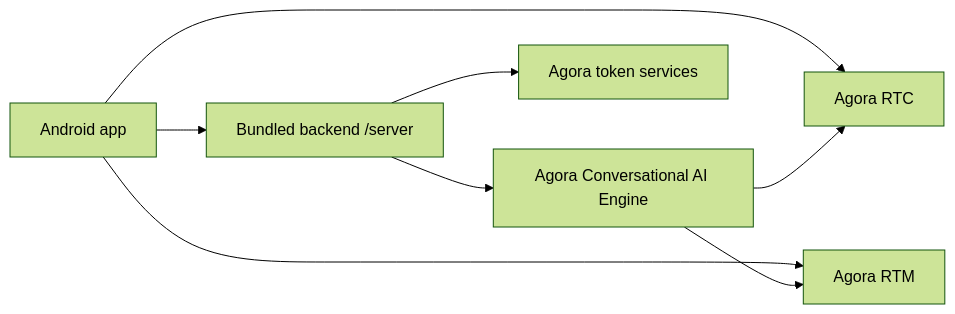
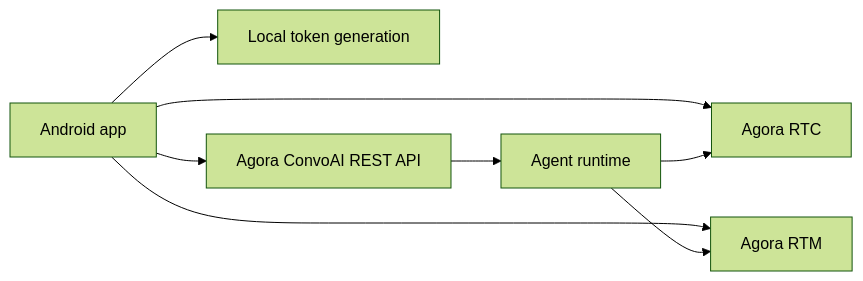
Before and after one commit to AgoraIO-Conversational-AI/agent-quickstart-android: the first of 3 diagrams in README.md, drawn with Mermaid (forest theme). The commit also changed other lines of this file and 16 other files, not shown here.

Commit message:
using rest-api

````diff
--- a/README.md
+++ b/README.md
@@ -110,10 +102,10 @@
 ```mermaid
 flowchart LR
-    A["Android app"] --> B["Bundled backend /server"]
-    A --> C["Agora RTC"]
-    A --> D["Agora RTM"]
-    B --> E["Agora Conversational AI Engine"]
-    E --> C
-    E --> D
-    B --> F["Agora token services"]
+    A["Android app"] --> B["Local token generation"]
+    A --> C["Agora ConvoAI REST API"]
+    A --> D["Agora RTC"]
+    A --> E["Agora RTM"]
+    C --> F["Agent runtime"]
+    F --> D
+    F --> E
 ```
````
